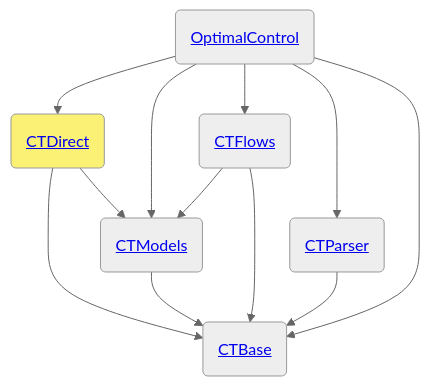
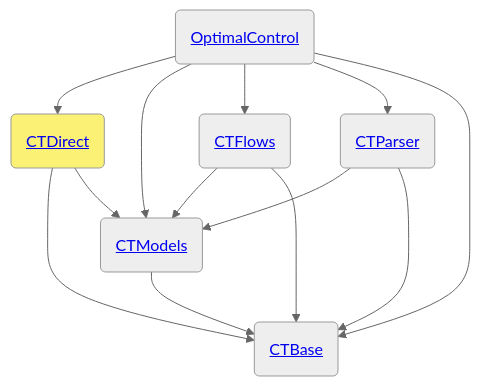
Before and after one commit to control-toolbox/OptimalControl.jl: the diagram in docs/src/dev-ctdirect.md, drawn with Mermaid (neutral theme). The commit also changed 5 other files, not shown here.

Commit message:
up dep graph

````diff
--- a/docs/src/dev-ctdirect.md
+++ b/docs/src/dev-ctdirect.md
@@ -9,21 +9,22 @@
 ```mermaid
 flowchart TD
 B(<a href='https://control-toolbox.org/OptimalControl.jl/stable/dev-ctbase.html'>CTBase</a>)
 M(<a href='https://control-toolbox.org/OptimalControl.jl/stable/dev-ctmodels.html'>CTModels</a>)
 P(<a href='https://control-toolbox.org/OptimalControl.jl/stable/dev-ctparser.html'>CTParser</a>)
 O(<a href='https://control-toolbox.org/OptimalControl.jl/stable/dev-optimalcontrol.html'>OptimalControl</a>)
 D(<a href='https://control-toolbox.org/OptimalControl.jl/stable/dev-ctdirect.html'>CTDirect</a>)
 F(<a href='https://control-toolbox.org/OptimalControl.jl/stable/dev-ctflows.html'>CTFlows</a>)
 O --> D
 O --> M
 O --> F
 O --> P
 F --> M
 O --> B
 F --> B
 D --> B
 D --> M
+P --> M
 P --> B
 M --> B
 style D fill:#FBF275
 ```
````
